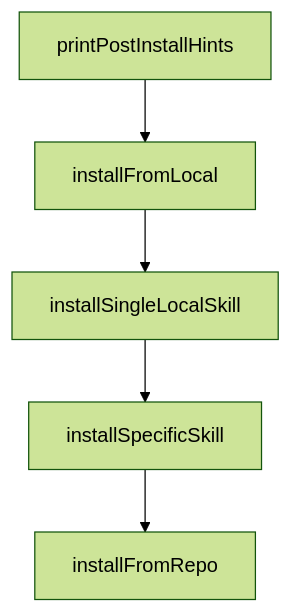
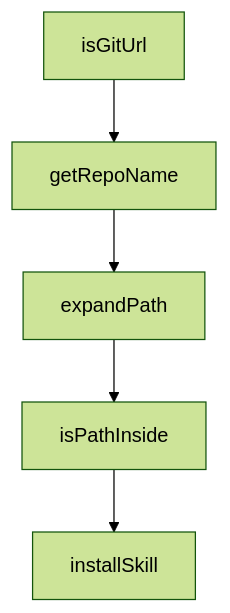
One commit to johnxie/awesome-code-docs changed the diagram in tutorials/openskills-tutorial/03-installation-sources-and-trust-model.md. Above: the diagram before and after it, drawn with Mermaid (forest theme). The commit also changed other lines of this file and 1232 other files, not shown here.

````diff
--- a/tutorials/openskills-tutorial/03-installation-sources-and-trust-model.md
+++ b/tutorials/openskills-tutorial/03-installation-sources-and-trust-model.md
@@ -201,12 +199,12 @@
 ```mermaid
 flowchart TD
-    A[printPostInstallHints]
-    B[installFromLocal]
-    C[installSingleLocalSkill]
-    D[installSpecificSkill]
-    E[installFromRepo]
+    A[isGitUrl]
+    B[getRepoName]
+    C[expandPath]
+    D[isPathInside]
+    E[installSkill]
     A --> B
     B --> C
     C --> D
     D --> E
 ```
````
